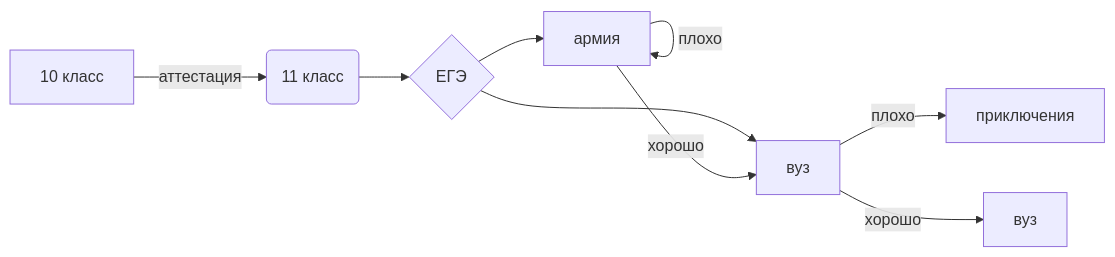
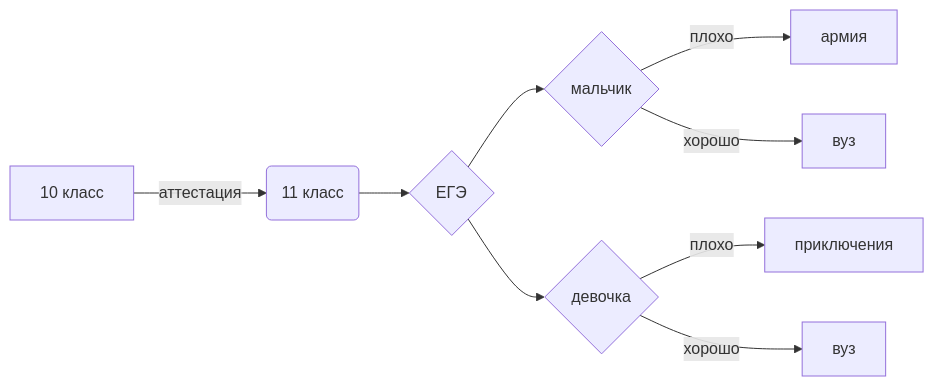
One commit to AndreDem135/FirstRepository changed the diagram in README.md. Above: the diagram before and after it, drawn with Mermaid.

````diff
--- a/README.md
+++ b/README.md
@@ -52,12 +52,12 @@
 ```mermaid
 flowchart LR
 
 A[10 класс] -->|аттестация| B(11 класс)
 B --> C{ЕГЭ}
 C --> D{мальчик}
 C --> E{девочка}
-D -->|плохо| D[армия]
-D -->|хорошо| E[вуз]
-E -->|плохо| F[приключения]
-E -->|хорошо| G[вуз]
+D -->|плохо| F[армия]
+D -->|хорошо| G[вуз]
+E -->|плохо| H[приключения]
+E -->|хорошо| J[вуз]
 ```
````
